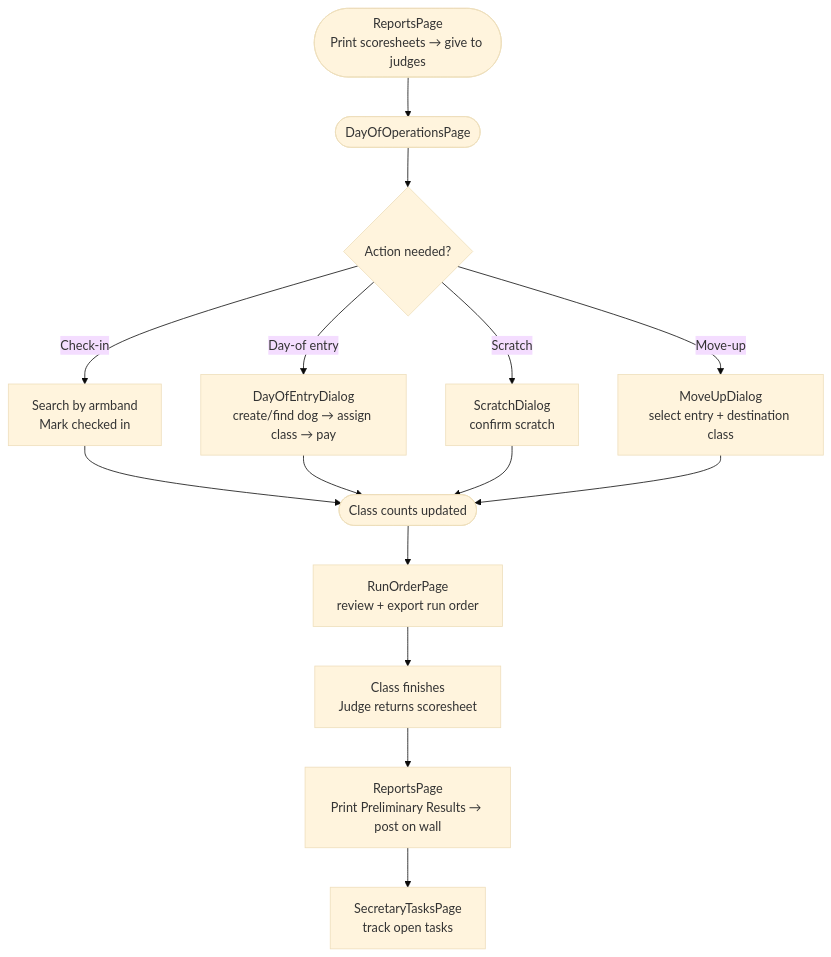
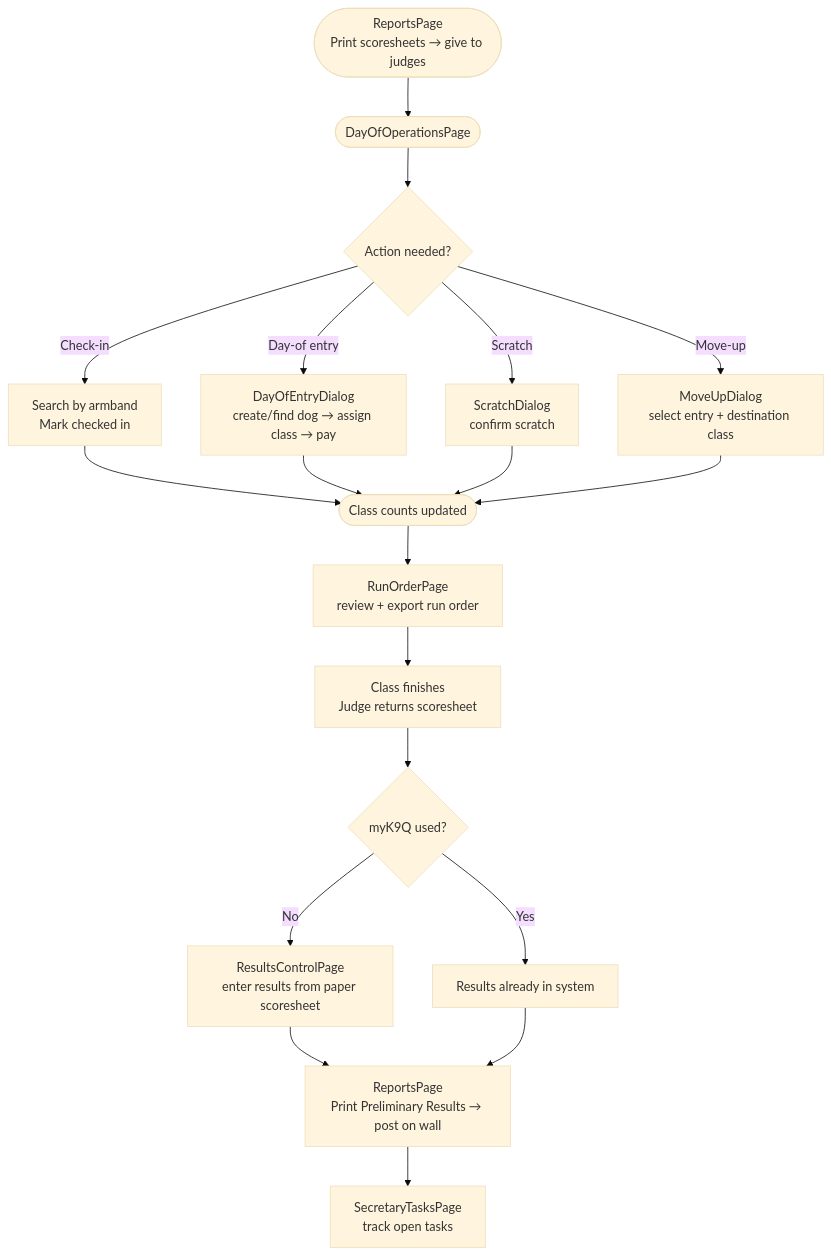
Before and after one commit to rbeezley/myk9-platform: the third of 4 diagrams in docs/journeys/secretary.md, drawn with Mermaid (base theme). The commit also changed other lines of this file, not shown here.

Commit message:
docs(phase0): add paper scoring path to secretary journey
- Add ResultsControlPage as data-entry step when myK9Q is not used
- Correct step order: enter scores → print preliminary results → post on wall
- Update Mermaid diagram with two-path scoring branch (myK9Q vs paper)
- Update current-state note to explicitly call out both scoring paths
- Nav sketch approved; no changes needed

````diff
--- a/docs/journeys/secretary.md
+++ b/docs/journeys/secretary.md
@@ -111,17 +112,21 @@
 ```mermaid
 flowchart TD
     A([ReportsPage\nPrint scoresheets → give to judges]) --> B([DayOfOperationsPage])
     B --> C{Action needed?}
     C -- Check-in --> D[Search by armband\nMark checked in]
     C -- Day-of entry --> E[DayOfEntryDialog\ncreate/find dog → assign class → pay]
     C -- Scratch --> F[ScratchDialog\nconfirm scratch]
     C -- Move-up --> G[MoveUpDialog\nselect entry + destination class]
     D --> H([Class counts updated])
     E --> H
     F --> H
     G --> H
     H --> I[RunOrderPage\nreview + export run order]
     I --> J[Class finishes\nJudge returns scoresheet]
-    J --> K[ReportsPage\nPrint Preliminary Results → post on wall]
-    K --> L[SecretaryTasksPage\ntrack open tasks]
+    J --> K{myK9Q used?}
+    K -- No --> L[ResultsControlPage\nenter results from paper scoresheet]
+    K -- Yes --> M[Results already in system]
+    L --> N[ReportsPage\nPrint Preliminary Results → post on wall]
+    M --> N
+    N --> O[SecretaryTasksPage\ntrack open tasks]
 ```
````
